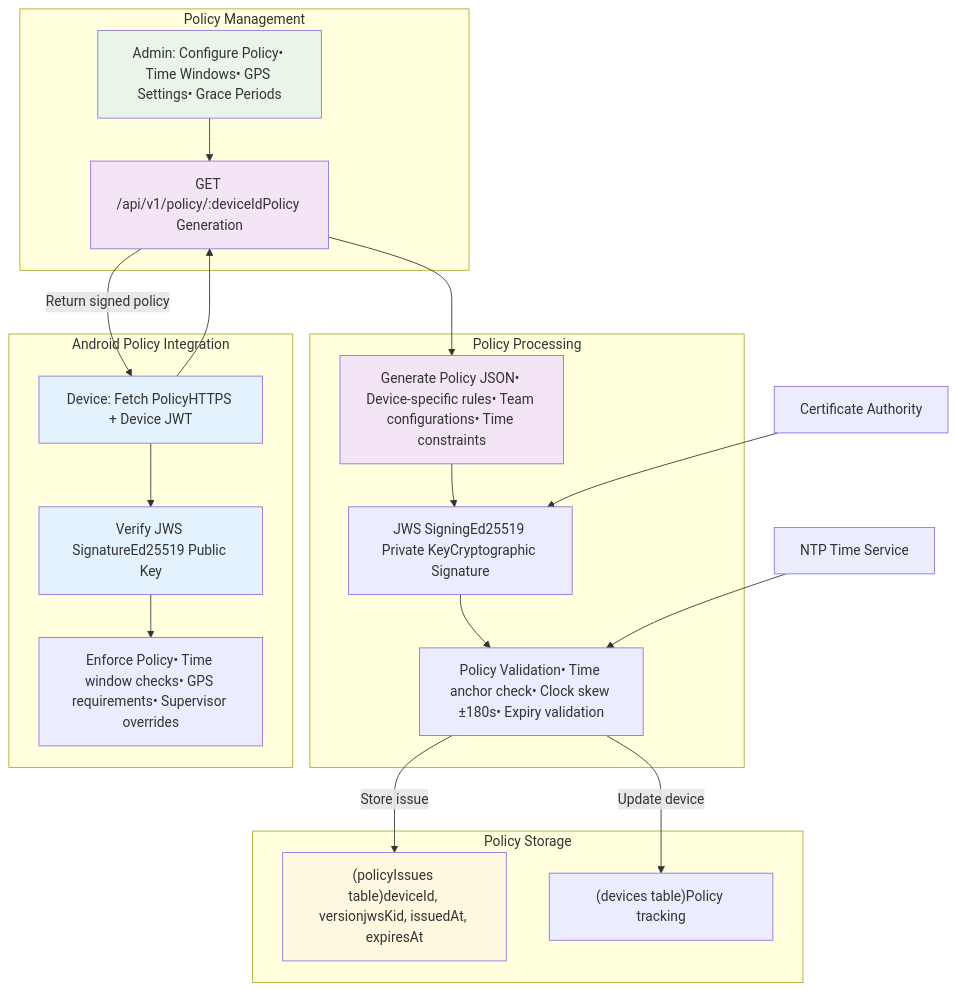
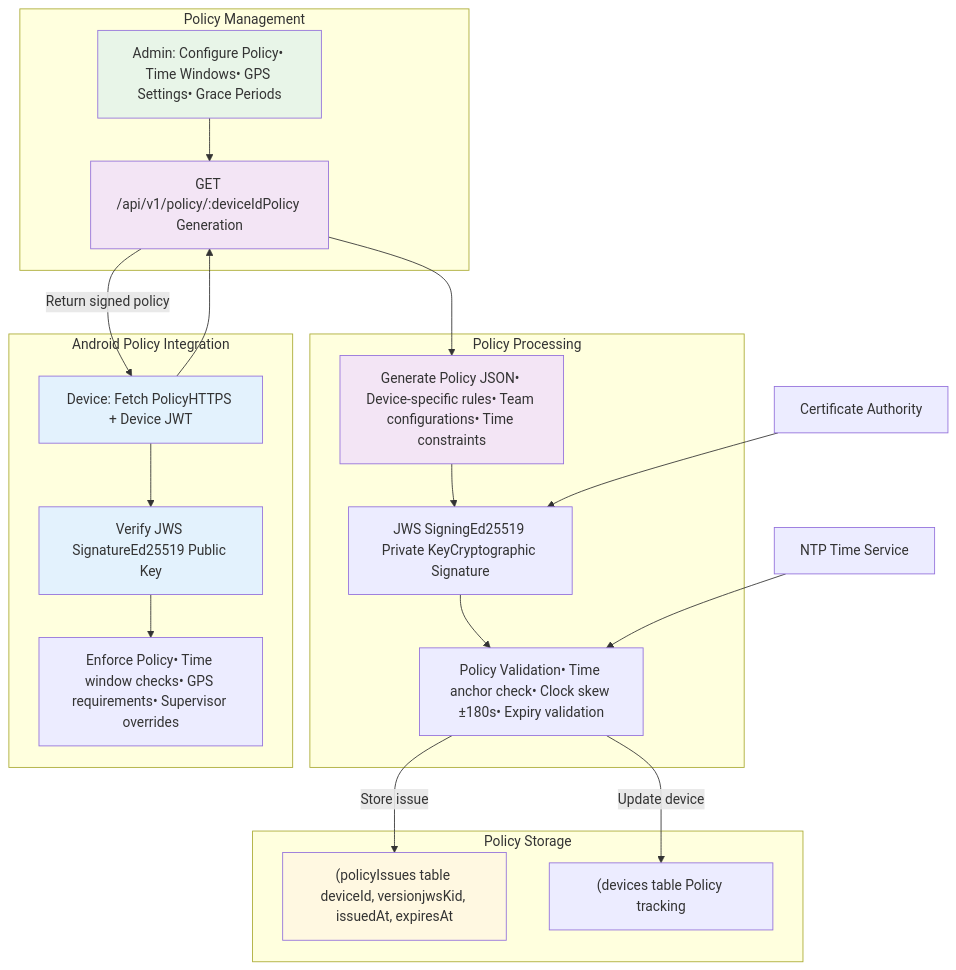
One commit to drguptavivek/launcher changed the fourth of 6 diagrams in README.md. Above: the diagram before and after it, drawn with Mermaid. The commit also changed other lines of this file, not shown here.

````diff
--- a/README.md
+++ b/README.md
@@ -213,50 +213,50 @@
 ```mermaid
 flowchart TD
     subgraph "Policy Configuration" [Policy Management]
         AdminPolicy[Admin: Configure Policy• Time Windows• GPS Settings• Grace Periods]
         PolicyAPI[GET /api/v1/policy/:deviceIdPolicy Generation]
     end
 
     subgraph "Policy Service" [Policy Processing]
         PolicyGen[Generate Policy JSON• Device-specific rules• Team configurations• Time constraints]
         JWS_Sign[JWS SigningEd25519 Private KeyCryptographic Signature]
         PolicyValidation[Policy Validation• Time anchor check• Clock skew ±180s• Expiry validation]
     end
 
     subgraph "Device Integration" [Android Policy Integration]
         PolicyFetch[Device: Fetch PolicyHTTPS + Device JWT]
         PolicyVerify[Verify JWS SignatureEd25519 Public Key]
         PolicyEnforce[Enforce Policy• Time window checks• GPS requirements• Supervisor overrides]
     end
 
     subgraph "Database" [Policy Storage]
-        PolicyTable["(policyIssues table)deviceId, versionjwsKid, issuedAt, expiresAt"]
-        DeviceTable["(devices table)Policy tracking"
+        PolicyTable["(policyIssues table deviceId, versionjwsKid, issuedAt, expiresAt"]
+        DeviceTable["(devices table Policy tracking"
         ]
     end
 
     %% Policy Flow
     AdminPolicy --> PolicyAPI
     PolicyAPI --> PolicyGen
     PolicyGen --> JWS_Sign
     JWS_Sign --> PolicyValidation
     PolicyValidation --> |Store issue| PolicyTable
     PolicyValidation --> |Update device| DeviceTable
 
     %% Device Flow
     PolicyFetch --> PolicyAPI
     PolicyAPI --> |Return signed policy| PolicyFetch
     PolicyFetch --> PolicyVerify
     PolicyVerify --> PolicyEnforce
 
     %% External Services
     TimeService[NTP Time Service] --> PolicyValidation
     CertAuth[Certificate Authority] --> JWS_Sign
 
     style AdminPolicy fill:#e8f5e8
     style PolicyAPI fill:#f3e5f5
     style PolicyGen fill:#f3e5f5
     style PolicyFetch fill:#e3f2fd
     style PolicyVerify fill:#e3f2fd
     style PolicyTable fill:#fff8e1
 ```
````
